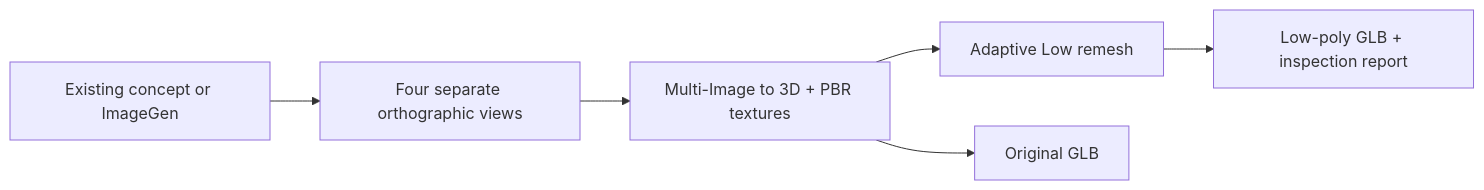
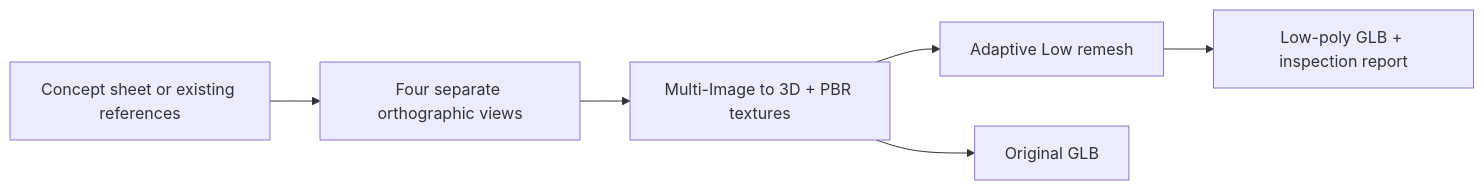
Before and after one commit to KeeVeeG/codex-meshy-multiview: the diagram in README.md, drawn with Mermaid. The commit also changed other lines of this file and 15 other files, not shown here.

Commit message:
feat: prioritize concept sheets and add verified image workflow

````diff
--- a/README.md
+++ b/README.md
@@ -9,8 +9,8 @@
 ```mermaid
 flowchart LR
-    A[Existing concept or ImageGen] --> B[Four separate orthographic views]
+    A[Concept sheet or existing references] --> B[Four separate orthographic views]
     B --> C[Multi-Image to 3D + PBR textures]
     C --> D[Adaptive Low remesh]
     C --> E[Original GLB]
     D --> F[Low-poly GLB + inspection report]
 ```
````
